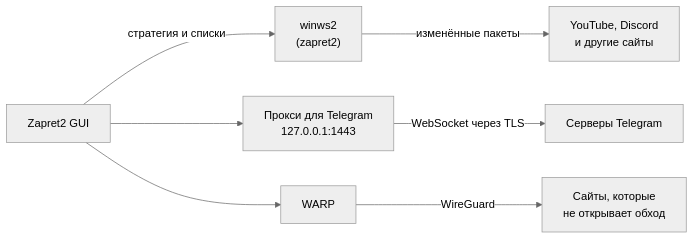
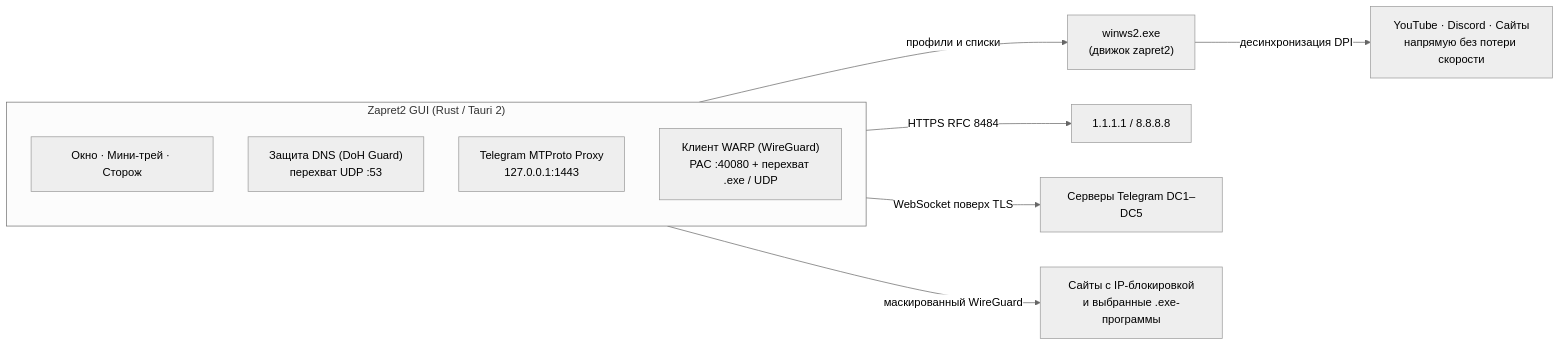
One commit to raiyaxkrash/zapret2-rust changed the diagram in README.md. Above: the diagram before and after it, drawn with Mermaid (neutral theme). The commit also changed other lines of this file and 34 other files, not shown here.

Commit message:
Zapret2 GUI: защита DNS (DoH), WARP для .exe и UDP, горячие клавиши, бэкапы, portable и обновлённый README

````diff
--- a/README.md
+++ b/README.md
@@ -172,9 +158,16 @@
 ```mermaid
 flowchart LR
-    A["Zapret2 GUI"] -->|стратегия и списки| B["winws2<br/>(zapret2)"]
-    B -->|изменённые пакеты| C["YouTube, Discord<br/>и другие сайты"]
-    A --> D["Прокси для Telegram<br/>127.0.0.1:1443"]
-    D -->|WebSocket через TLS| E["Серверы Telegram"]
-    A --> F["WARP"]
-    F -->|WireGuard| G["Сайты, которые<br/>не открывает обход"]
+    subgraph App["Zapret2 GUI (Rust / Tauri 2)"]
+        direction TB
+        UI["Окно · Мини-трей · Сторож"]
+        DOH["Защита DNS (DoH Guard)<br/>перехват UDP :53"]
+        TG["Telegram MTProto Proxy<br/>127.0.0.1:1443"]
+        WARP["Клиент WARP (WireGuard)<br/>PAC :40080 + перехват .exe / UDP"]
+    end
+
+    UI -->|профили и списки| WINWS["winws2.exe<br/>(движок zapret2)"]
+    DOH -->|HTTPS RFC 8484| CF_DNS["1.1.1.1 / 8.8.8.8"]
+    WINWS -->|десинхронизация DPI| DIRECT["YouTube · Discord · Сайты<br/>напрямую без потери скорости"]
+    TG -->|WebSocket поверх TLS| TG_DC["Серверы Telegram DC1–DC5"]
+    WARP -->|маскированный WireGuard| BLOCKED["Сайты с IP-блокировкой<br/>и выбранные .exe-программы"]
 ```
````
